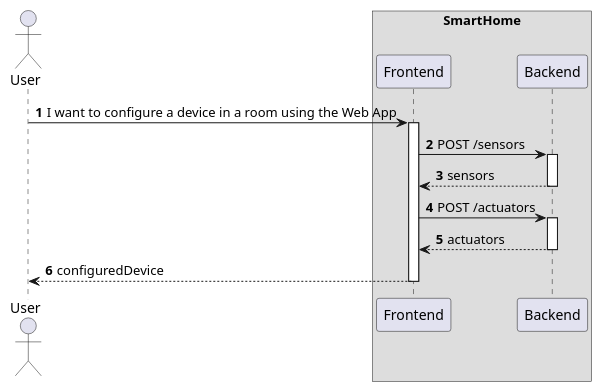
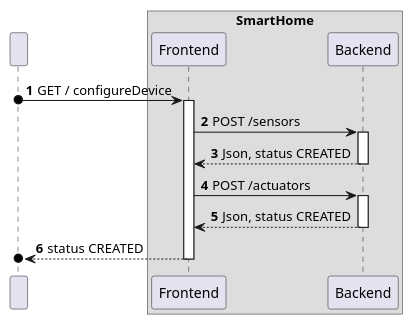
Before and after one commit to olivDiogo/SmartHome: the diagram in docs/ooa/C4_4plus1_models/Level2/ProcessView/ProcessViewLevel2_UC20.puml, drawn with PlantUML. The commit also changed 5 other files, not shown here.

```diff
--- a/docs/ooa/C4_4plus1_models/Level2/ProcessView/ProcessViewLevel2_UC20.puml
+++ b/docs/ooa/C4_4plus1_models/Level2/ProcessView/ProcessViewLevel2_UC20.puml
@@ -1,37 +1,36 @@
 @startuml
 'https://plantuml.com/sequence-diagram
 !pragma layout smetana
 
 autonumber
 
-actor "User" as User
-
+participant " " as User
     box SmartHome
     participant Frontend as FE
     participant Backend as BE
     end box
 
 
-User -> FE : I want to configure a device in a room using the Web App
+User o-> FE :  GET / configureDevice
 activate FE
 
 FE -> BE : POST /sensors
 activate BE
 
-BE --> FE : sensors
+BE --> FE : Json, status CREATED
 deactivate BE
 
 FE -> BE : POST /actuators
 activate BE
 
-BE --> FE : actuators
+BE --> FE :  Json, status CREATED
 deactivate BE
 
-FE --> User : configuredDevice
+FE -->o User : status CREATED
 deactivate FE
 
 
 
 
 
 @endumll
```
